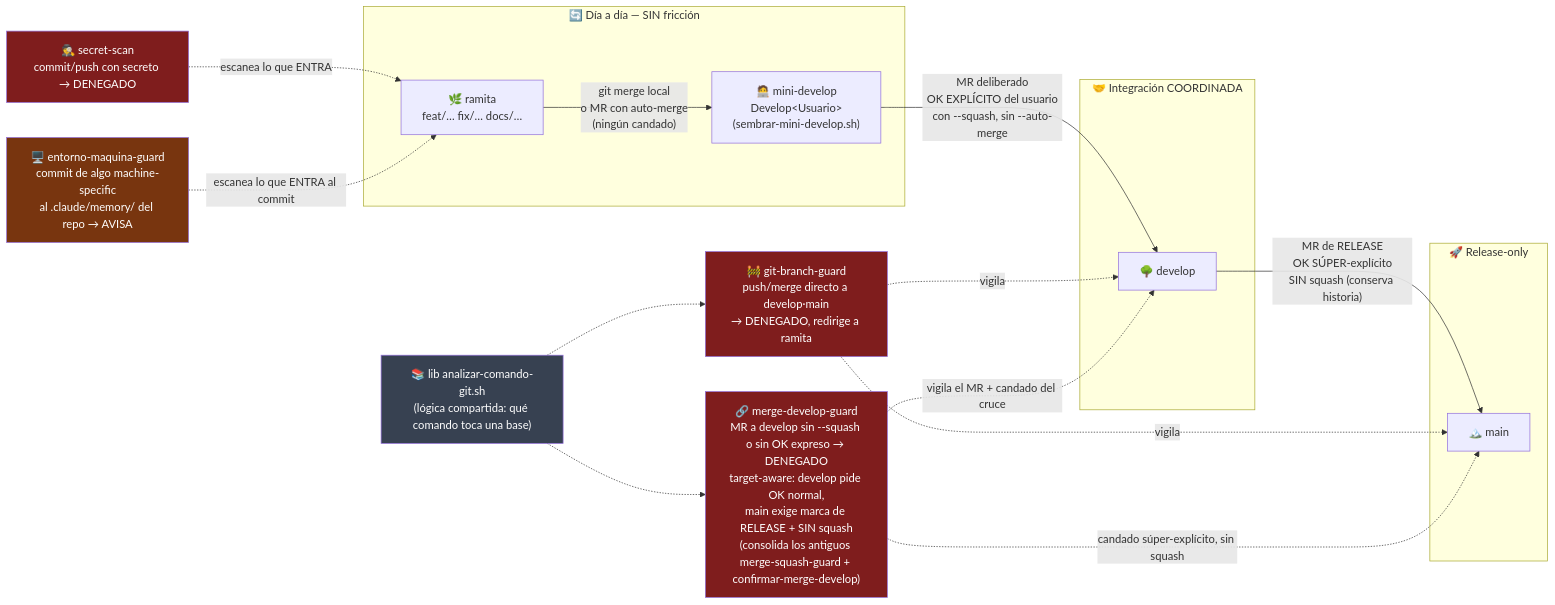
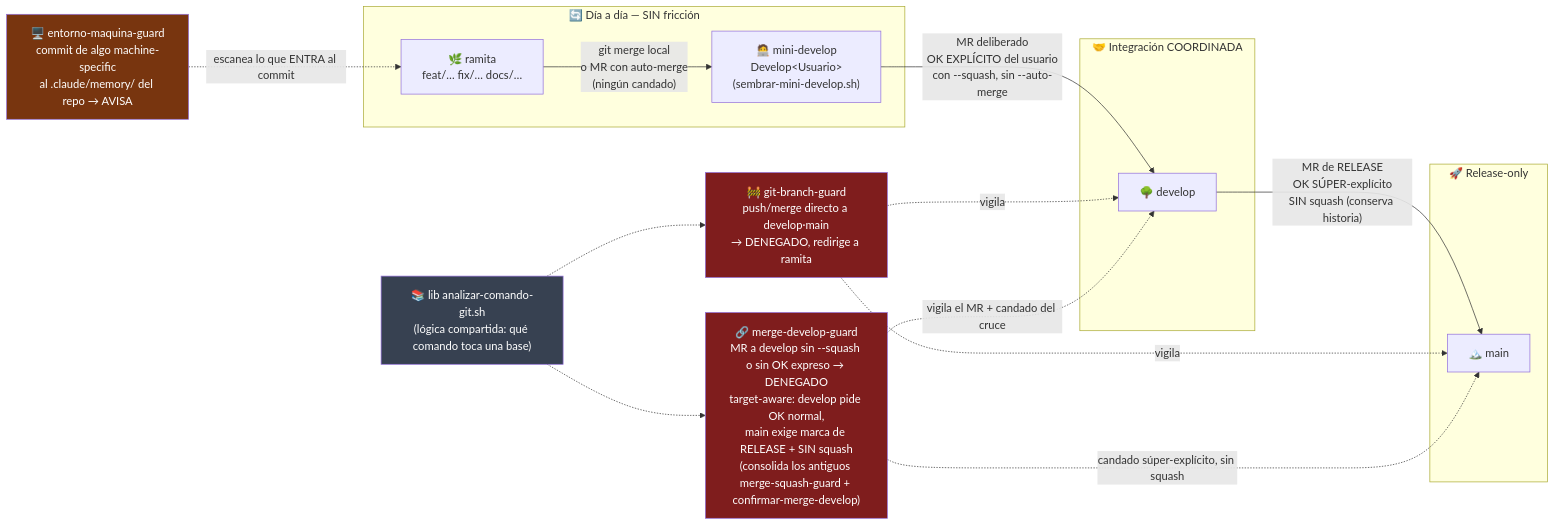
Before and after one commit to unjordi/cortex: the first of 4 diagrams in docs/mapa-cerebro.md, drawn with Mermaid. The commit also changed other lines of this file and 46 other files, not shown here.

Commit message:
chore(guards): retira secret-scan+detectar-secretos del cerebro (lo reemplaza gitleaks)

````diff
--- a/docs/mapa-cerebro.md
+++ b/docs/mapa-cerebro.md
@@ -24,40 +24,37 @@
 ```mermaid
 flowchart LR
     subgraph dia["🔄 Día a día — SIN fricción"]
         RAMITA["🌿 ramita<br/>feat/… fix/… docs/…"]
         MINI["🧑‍💻 mini-develop<br/>Develop&lt;Usuario&gt;<br/>(sembrar-mini-develop.sh)"]
         RAMITA -->|"git merge local<br/>o MR con auto-merge<br/>(ningún candado)"| MINI
     end
 
     subgraph coordinado["🤝 Integración COORDINADA"]
         DEVELOP["🌳 develop"]
     end
 
     subgraph release["🚀 Release-only"]
         MAIN["🏔️ main"]
     end
 
     MINI -->|"MR deliberado<br/>OK EXPLÍCITO del usuario<br/>con --squash, sin --auto-merge"| DEVELOP
     DEVELOP -->|"MR de RELEASE<br/>OK SÚPER-explícito<br/>SIN squash (conserva historia)"| MAIN
 
     GBG["🚧 git-branch-guard<br/>push/merge directo a develop·main<br/>→ DENEGADO, redirige a ramita"]
     MDG["🔗 merge-develop-guard<br/>MR a develop sin --squash o sin OK expreso → DENEGADO<br/>target-aware: develop pide OK normal,<br/>main exige marca de RELEASE + SIN squash<br/>(consolida los antiguos merge-squash-guard + confirmar-merge-develop)"]
-    SS["🕵️ secret-scan<br/>commit/push con secreto → DENEGADO"]
     EMG["🖥️ entorno-maquina-guard<br/>commit de algo machine-specific<br/>al .claude/memory/ del repo → AVISA"]
     LIB["📚 lib analizar-comando-git.sh<br/>(lógica compartida: qué comando toca una base)"]
 
     GBG -.->|vigila| DEVELOP
     GBG -.->|vigila| MAIN
     MDG -.->|vigila el MR + candado del cruce| DEVELOP
     MDG -.->|candado súper-explícito, sin squash| MAIN
-    SS -.->|escanea lo que ENTRA| RAMITA
     EMG -.->|escanea lo que ENTRA al commit| RAMITA
     LIB -.-> GBG
     LIB -.-> MDG
 
     style GBG fill:#7f1d1d,color:#fff
     style MDG fill:#7f1d1d,color:#fff
-    style SS fill:#7f1d1d,color:#fff
     style EMG fill:#78350f,color:#fff
     style LIB fill:#374151,color:#fff
 ```
````
